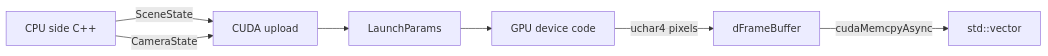
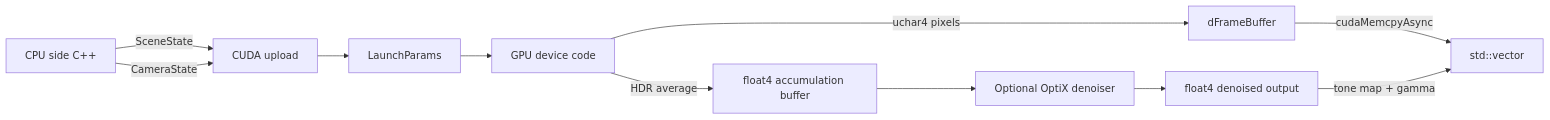
The fourth of 4 diagrams in RayTracerRTX/docs/architecture.md (Tundraws/RayTracer), drawn with Mermaid before and after one commit. The commit also changed other lines of this file and 10 other files, not shown here.

Commit message:
feat: add optional optix denoiser

````diff
--- a/RayTracerRTX/docs/architecture.md
+++ b/RayTracerRTX/docs/architecture.md
@@ -118,9 +120,13 @@
 ```mermaid
 flowchart LR
     Host["CPU side C++"] -->|SceneState| Upload["CUDA upload"]
     Host -->|CameraState| Upload
     Upload --> Params["LaunchParams"]
     Params --> Device["GPU device code"]
     Device -->|uchar4 pixels| Buffer["dFrameBuffer"]
+    Device -->|HDR average| Accum["float4 accumulation buffer"]
+    Accum --> Denoiser["Optional OptiX denoiser"]
+    Denoiser --> Denoised["float4 denoised output"]
     Buffer -->|cudaMemcpyAsync| HostPixels["std::vector<uchar4>"]
+    Denoised -->|tone map + gamma| HostPixels
 ```
````
